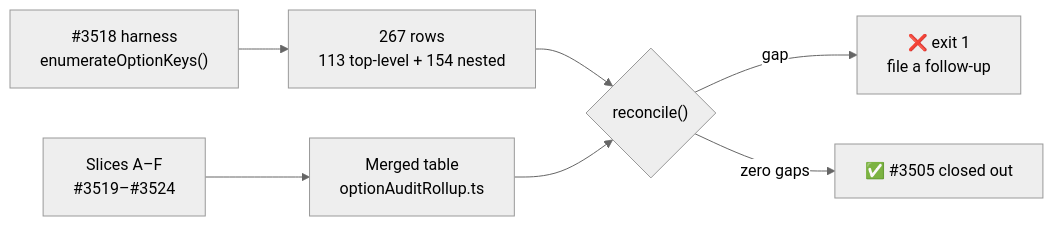
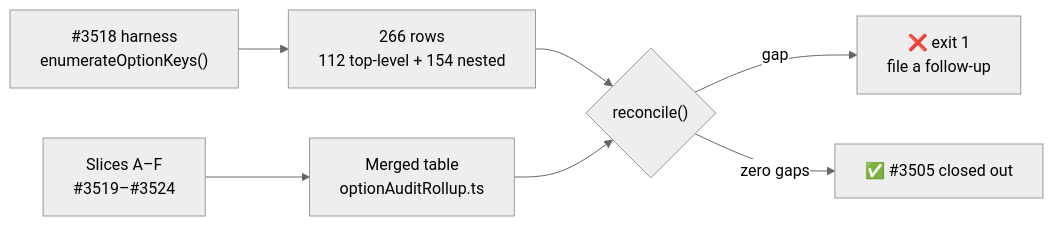
Before and after one commit to stSoftwareAU/NEAT-AI: the first of 2 diagrams in docs/OPTION_AUDIT_CONSOLIDATED.md, drawn with Mermaid (neutral theme). The commit also changed other lines of this file and 19 other files, not shown here.

````diff
--- a/docs/OPTION_AUDIT_CONSOLIDATED.md
+++ b/docs/OPTION_AUDIT_CONSOLIDATED.md
@@ -43,9 +43,9 @@
 ```mermaid
 flowchart LR
-    H["#3518 harness<br/>enumerateOptionKeys()"] --> INV["267 rows<br/>113 top-level + 154 nested"]
+    H["#3518 harness<br/>enumerateOptionKeys()"] --> INV["266 rows<br/>112 top-level + 154 nested"]
     A["Slices A–F<br/>#3519–#3524"] --> TAB["Merged table<br/>optionAuditRollup.ts"]
     INV --> REC{"reconcile()"}
     TAB --> REC
     REC -->|"gap"| GAP["❌ exit 1<br/>file a follow-up"]
     REC -->|"zero gaps"| OK["✅ #3505 closed out"]
 ```
````
